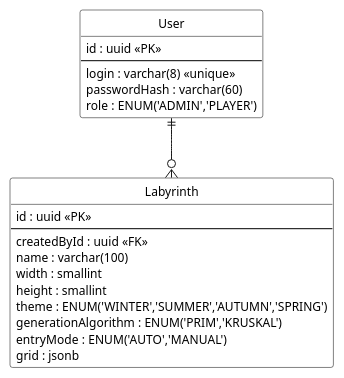
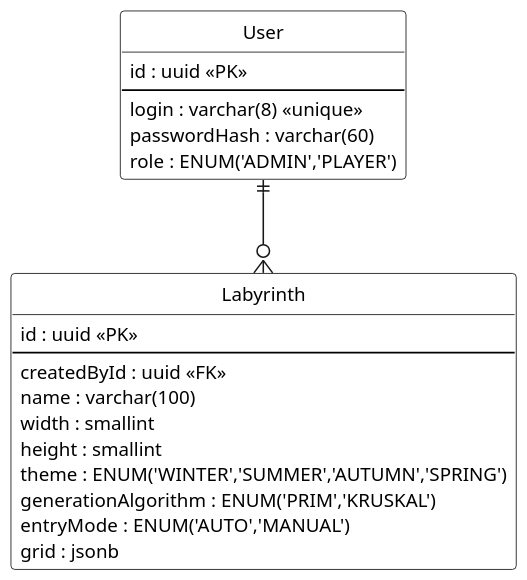
Before and after one commit to ozcnii/software-engineering: the diagram in diagrams/data/physical-data-model.puml, drawn with PlantUML. The commit also changed 14 other files, not shown here.

First line of the commit message:
docs: схемы алгоритмов по ГОСТ, реферат и список источников, чистка ПЗ

```diff
--- a/diagrams/data/physical-data-model.puml
+++ b/diagrams/data/physical-data-model.puml
@@ -1,34 +1,35 @@
 @startuml
 hide circle
+skinparam dpi 150
 skinparam backgroundColor #FFFFFF
 skinparam DefaultFontName Helvetica
 skinparam DefaultFontSize 12
 skinparam class {
   BackgroundColor #FFFFFF
   BorderColor #000000
 }
 
 entity "User" as User {
   id : uuid <<PK>>
   --
   login : varchar(8) <<unique>>
   passwordHash : varchar(60)
   role : ENUM('ADMIN','PLAYER')
 }
 
 entity "Labyrinth" as Labyrinth {
   id : uuid <<PK>>
   --
   createdById : uuid <<FK>>
   name : varchar(100)
   width : smallint
   height : smallint
   theme : ENUM('WINTER','SUMMER','AUTUMN','SPRING')
   generationAlgorithm : ENUM('PRIM','KRUSKAL')
   entryMode : ENUM('AUTO','MANUAL')
   grid : jsonb
 }
 
 User ||--o{ Labyrinth
 
 @enduml
```
